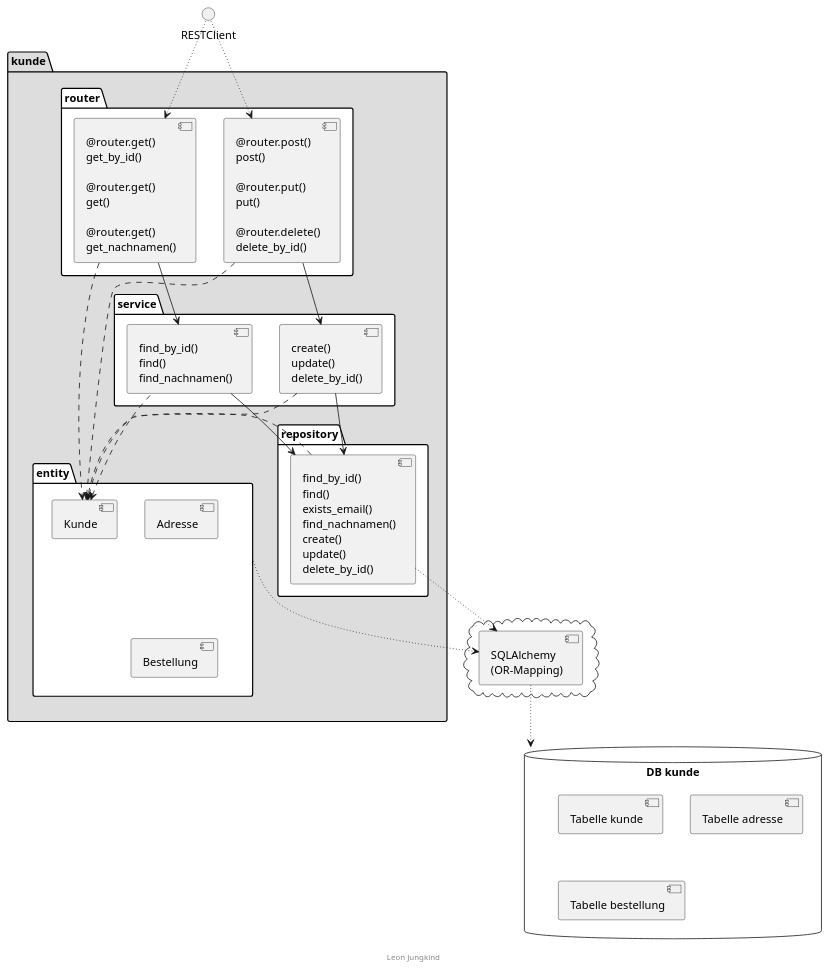
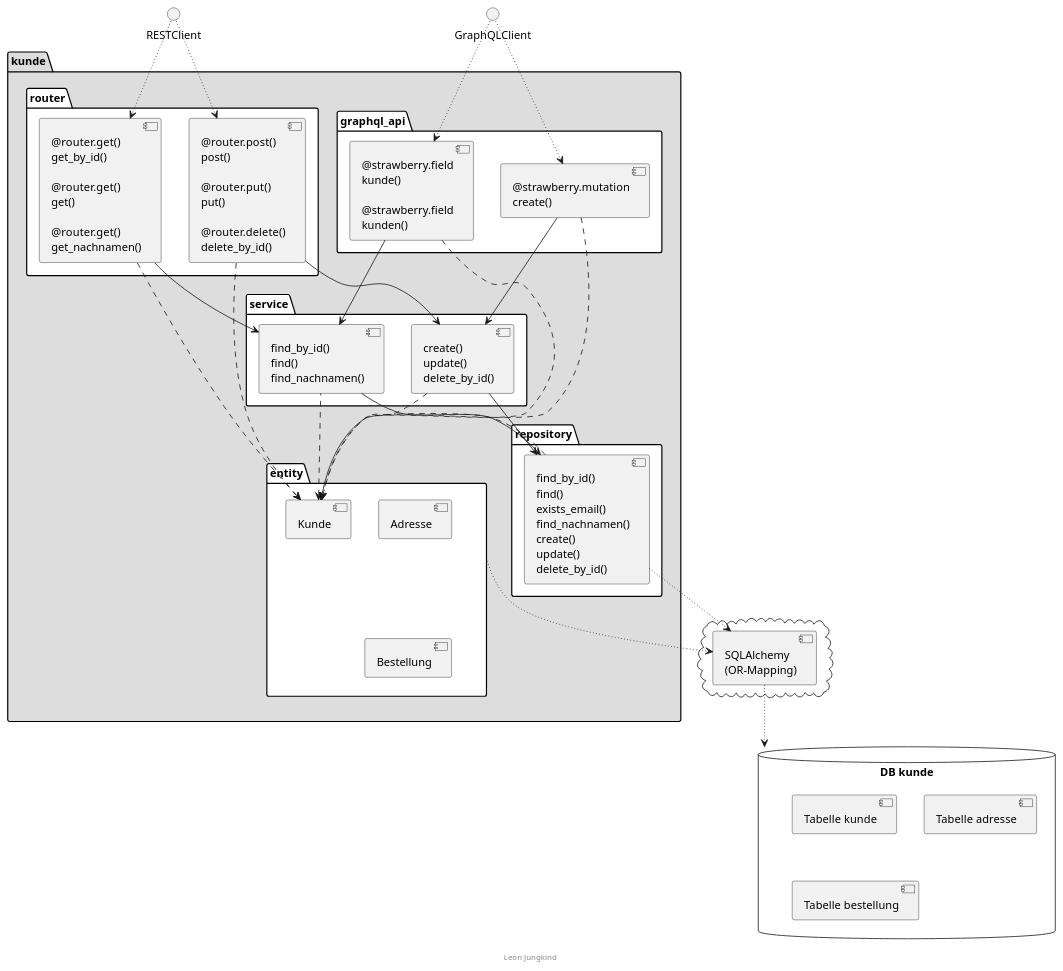
One commit to leonjungkind-cmyk/SWE_Abgabe_1 changed the diagram in docs/diagramme/src/schichtenarchitektur.plantuml. Above: the diagram before and after it, drawn with PlantUML. The commit also changed 3 other files, not shown here.

Commit message:
Anpassungen Plant Uml an Graph QL

```diff
--- a/docs/diagramme/src/schichtenarchitektur.plantuml
+++ b/docs/diagramme/src/schichtenarchitektur.plantuml
@@ -3,62 +3,75 @@
 @startuml Schichtenarchitektur
 
 package kunde #DDDDDD {
     package router #FFFFFF {
         [@router.get()\nget_by_id()\n\n@router.get()\nget()\n\n@router.get()\nget_nachnamen()] as kundeReadRouter
         [@router.post()\npost()\n\n@router.put()\nput()\n\n@router.delete()\ndelete_by_id()] as kundeWriteRouter
 
         [kundeReadRouter] -right[hidden]-> [kundeWriteRouter]
     }
 
+    package graphql_api #FFFFFF {
+        [@strawberry.field\nkunde()\n\n@strawberry.field\nkunden()] as graphqlQuery
+        [@strawberry.mutation\ncreate()] as graphqlMutation
+
+        [graphqlQuery] -right[hidden]-> [graphqlMutation]
+    }
+
     package service #FFFFFF {
         [find_by_id()\nfind()\nfind_nachnamen()] as kundeReadService
         [create()\nupdate()\ndelete_by_id()] as kundeWriteService
     }
 
     [kundeReadRouter] --> [kundeReadService]
     [kundeWriteRouter] --> [kundeWriteService]
+    [graphqlQuery] --> [kundeReadService]
+    [graphqlMutation] --> [kundeWriteService]
 
     package repository #FFFFFF {
         [find_by_id()\nfind()\nexists_email()\nfind_nachnamen()\ncreate()\nupdate()\ndelete_by_id()] as kundeRepository
     }
 
     [kundeReadService] --> [kundeRepository]
     [kundeWriteService] --> [kundeRepository]
 
     package entity #FFFFFF {
         [Kunde]
         [Adresse]
         [Bestellung]
 
         [Kunde] -right[hidden]-> [Adresse]
         [Adresse] -down[hidden]-> [Bestellung]
     }
 
     [kundeReadRouter] ..> [Kunde]
     [kundeWriteRouter] ..> [Kunde]
+    [graphqlQuery] ..> [Kunde]
+    [graphqlMutation] ..> [Kunde]
     [kundeReadService] .left.> [Kunde]
     [kundeWriteService] ..> [Kunde]
     [kundeRepository] ..> [Kunde]
 }
 
 RESTClient ~~> [kundeReadRouter]
 RESTClient ~~> [kundeWriteRouter]
+GraphQLClient ~~> [graphqlQuery]
+GraphQLClient ~~> [graphqlMutation]
 
 cloud {
     [SQLAlchemy\n(OR-Mapping)] as SQLAlchemy
 }
 
 [kundeRepository] ~down~> [SQLAlchemy]
 entity ~~> [SQLAlchemy]
 
 database "DB kunde" as db {
     [Tabelle kunde]
     [Tabelle adresse]
     [Tabelle bestellung]
 }
 
 [SQLAlchemy] ~down~> db
 
 footer Leon Jungkind
 
 @enduml
```
